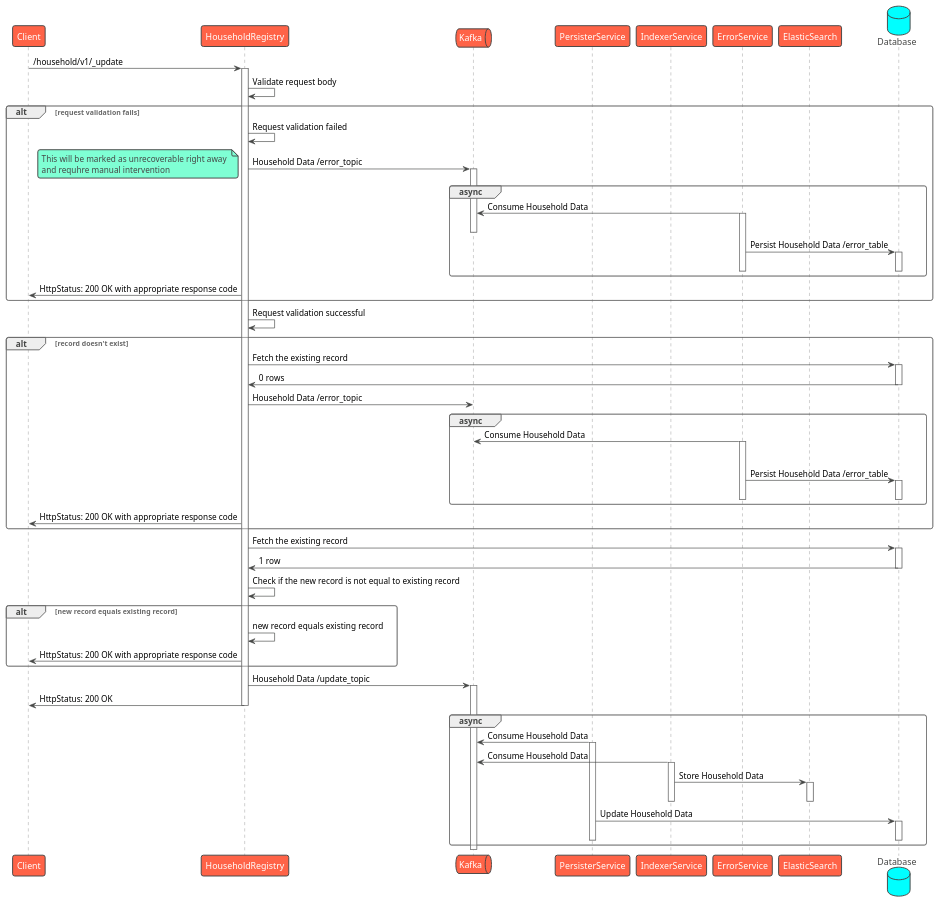
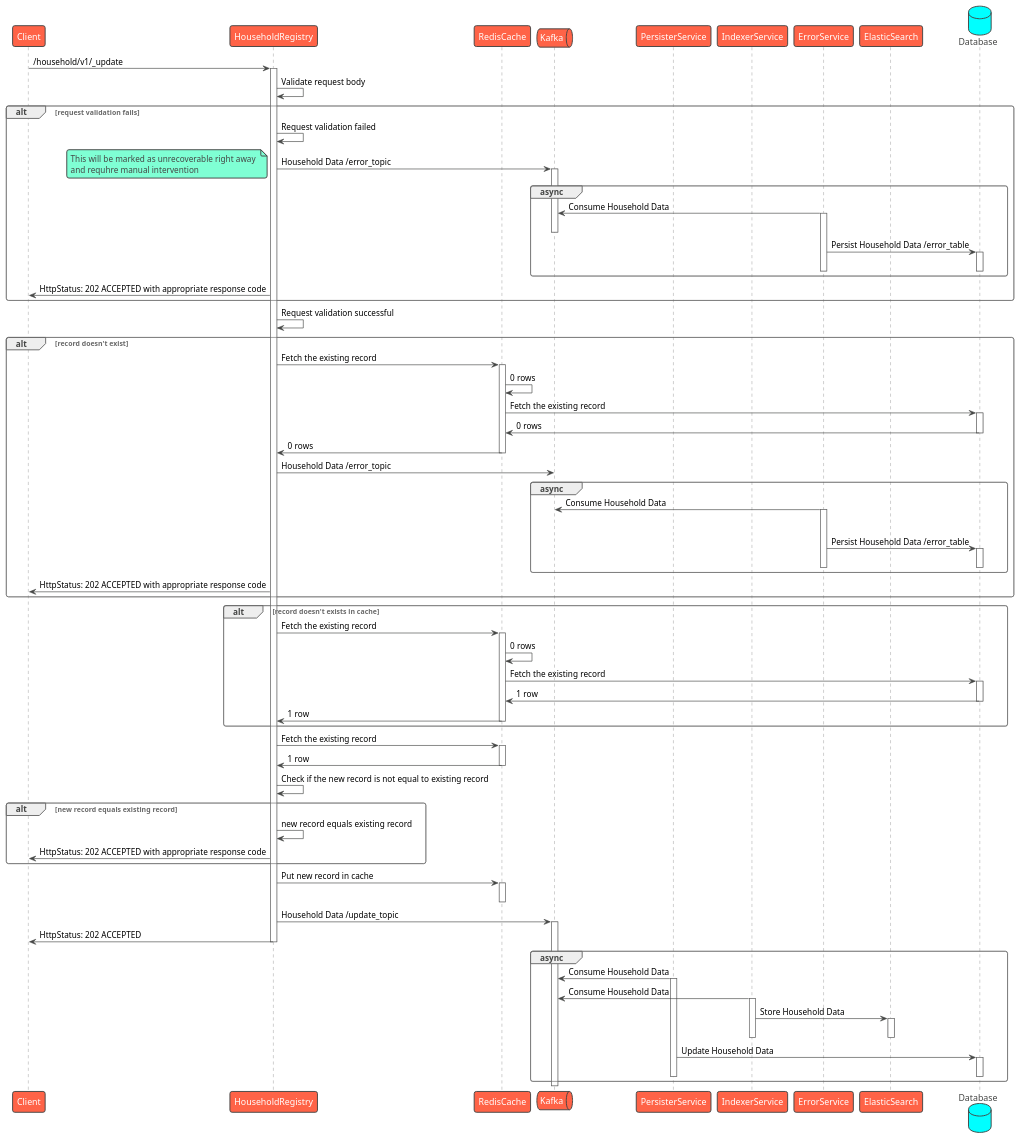
One commit to egovernments/health-api-specs changed the diagram in contracts/registries/household/sequence/update.puml. Above: the diagram before and after it, drawn with PlantUML. The commit also changed 5 other files, not shown here.

Commit message:
Sequence: Added support for cache - Search in cache first

```diff
--- a/contracts/registries/household/sequence/update.puml
+++ b/contracts/registries/household/sequence/update.puml
@@ -1,79 +1,99 @@
 @startuml Household Registry - Update
 !theme vibrant
 participant Client as c
 participant HouseholdRegistry as hr
+participant RedisCache as rc
 queue Kafka as k
 participant PersisterService as prs
 participant IndexerService as idx
 participant ErrorService as es
 participant ElasticSearch as el
 database Database as db
 c -> hr : /household/v1/_update
 activate hr
 hr -> hr: Validate request body
 alt request validation fails
     hr -> hr: Request validation failed
     hr -> k: Household Data /error_topic
     note left
         This will be marked as unrecoverable right away 
         and requhre manual intervention
     end note
     activate k
     group async
         es -> k: Consume Household Data
         activate es
         deactivate k
         es -> db: Persist Household Data /error_table
         activate db
         deactivate db
         deactivate es
     end
-    hr -> c: HttpStatus: 200 OK with appropriate response code
+    hr -> c: HttpStatus: 202 ACCEPTED with appropriate response code
 end
 hr -> hr: Request validation successful
 alt record doesn't exist
-    hr -> db: Fetch the existing record
+    hr -> rc: Fetch the existing record
+    activate rc
+    rc -> rc: 0 rows
+    rc -> db: Fetch the existing record
     activate db
-    db -> hr: 0 rows
+    db -> rc: 0 rows
     deactivate db
+    rc -> hr: 0 rows
+    deactivate rc
     hr -> k: Household Data /error_topic
     group async
         es -> k: Consume Household Data
         activate es
         deactivate k
         es -> db: Persist Household Data /error_table
         activate db
         deactivate db
         deactivate es
     end
-    hr -> c: HttpStatus: 200 OK with appropriate response code
+    hr -> c: HttpStatus: 202 ACCEPTED with appropriate response code
 end
-hr -> db: Fetch the existing record
-activate db
-db -> hr: 1 row
-deactivate db
+alt record doesn't exists in cache
+    hr -> rc: Fetch the existing record
+    activate rc
+    rc -> rc: 0 rows
+    rc -> db: Fetch the existing record
+    activate db
+    db -> rc: 1 row
+    deactivate db
+    rc -> hr: 1 row
+    deactivate rc
+end
+hr -> rc: Fetch the existing record
+activate rc
+rc -> hr: 1 row
+deactivate rc
 hr -> hr: Check if the new record is not equal to existing record
 alt new record equals existing record
     hr -> hr: new record equals existing record
-    hr -> c: HttpStatus: 200 OK with appropriate response code
+    hr -> c: HttpStatus: 202 ACCEPTED with appropriate response code
 end
+hr -> rc: Put new record in cache
+activate rc
+deactivate rc
 hr -> k: Household Data /update_topic
 activate k
-hr -> c: HttpStatus: 200 OK
+hr -> c: HttpStatus: 202 ACCEPTED
 deactivate hr
 group async
     prs -> k: Consume Household Data
     activate prs
     idx -> k: Consume Household Data
     activate idx
     idx -> el: Store Household Data
     activate el
     deactivate el
     deactivate idx
     prs -> db: Update Household Data
     activate db
     deactivate db
     deactivate prs
 end
 deactivate k
 @enduml
```
